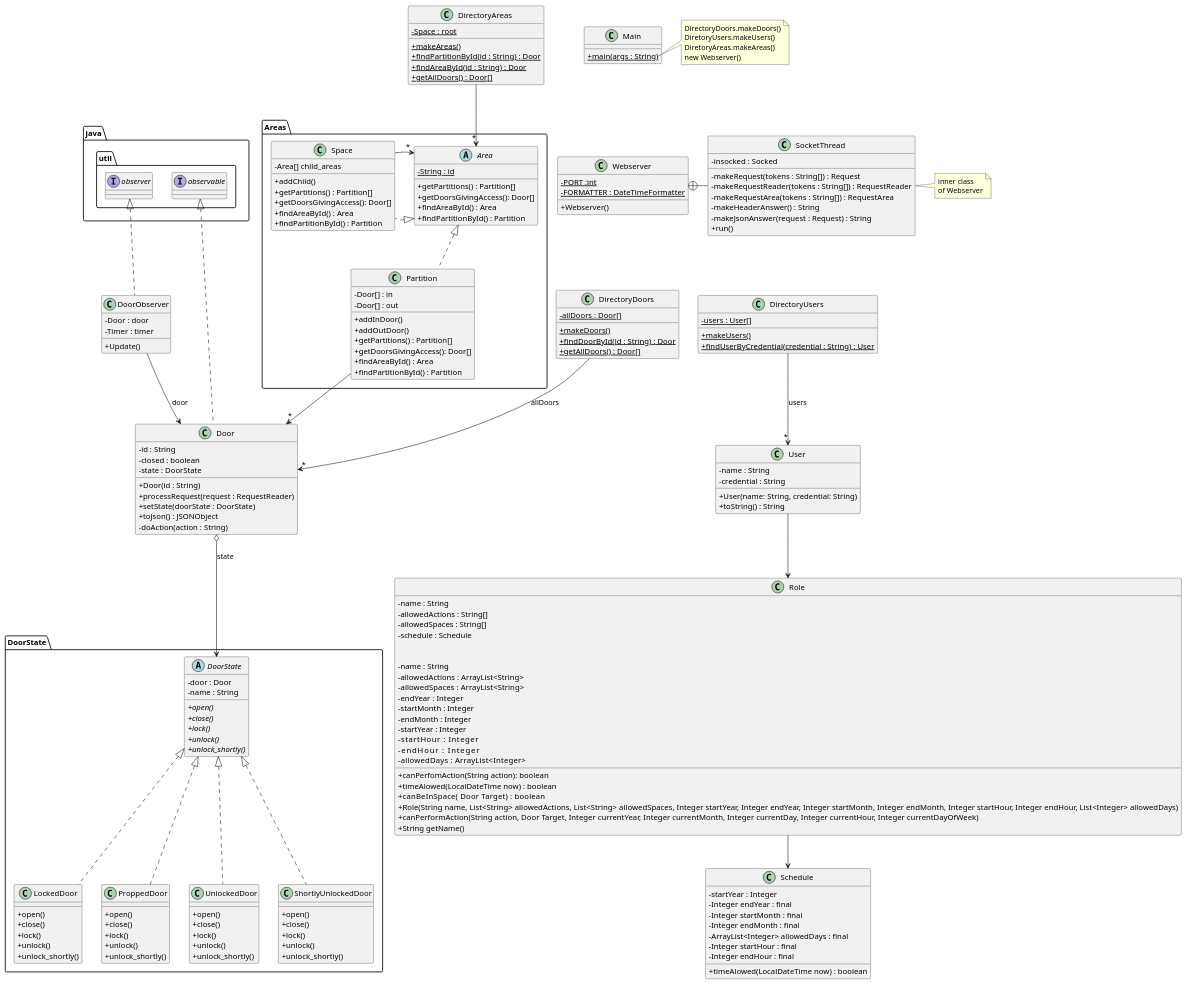
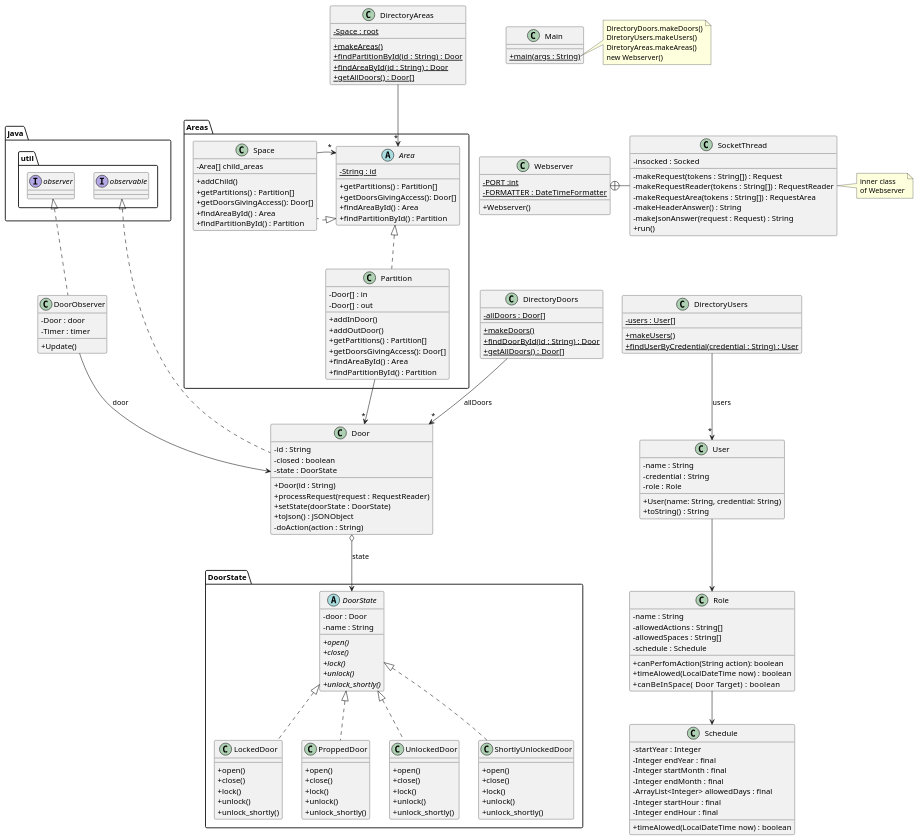
Before and after one commit to Paub2002/DS: the diagram in src/baseNoStates/uml/base_no_states.puml, drawn with PlantUML.

Commit message:
Correccions Diagrama

```diff
--- a/src/baseNoStates/uml/base_no_states.puml
+++ b/src/baseNoStates/uml/base_no_states.puml
@@ -73,7 +73,6 @@
  - allowedActions : String[]
  - allowedSpaces : String[]
  - schedule : Schedule
-
  + canPerfomAction(String action): boolean
  + timeAlowed(LocalDateTime now) : boolean
  + canBeInSpace( Door Target)    : boolean
@@ -128,25 +127,9 @@
 class User {
 - name : String
 - credential : String
+- role : Role
 + User(name: String, credential: String)
 + toString() : String
-}
-
-class Role {
-- name : String
-- allowedActions : ArrayList<String>
-- allowedSpaces  : ArrayList<String>
-- endYear : Integer
-- startMonth : Integer
-- endMonth : Integer
-- startYear : Integer
-- startHour      : Integer
-- endHour        : Integer
-- allowedDays    : ArrayList<Integer>
-
-+ Role(String name, List<String> allowedActions, List<String> allowedSpaces, Integer startYear, Integer endYear, Integer startMonth, Integer endMonth, Integer startHour, Integer endHour, List<Integer> allowedDays)
-+ canPerformAction(String action, Door Target, Integer currentYear, Integer currentMonth, Integer currentDay, Integer currentHour, Integer currentDayOfWeek)
-+ String getName()
 }
 
 class Main {
```
